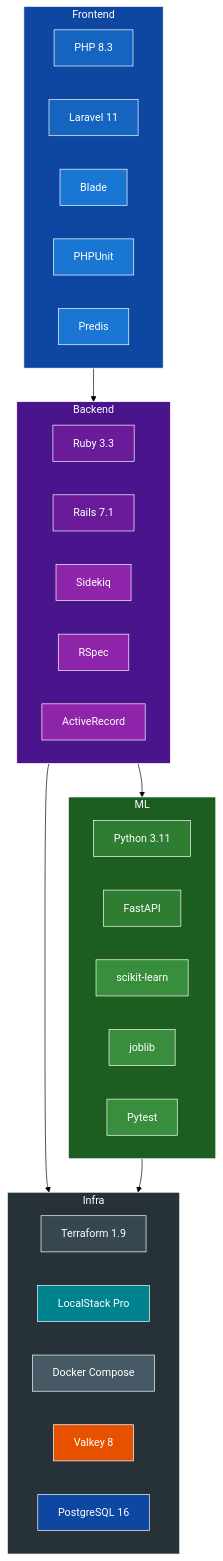
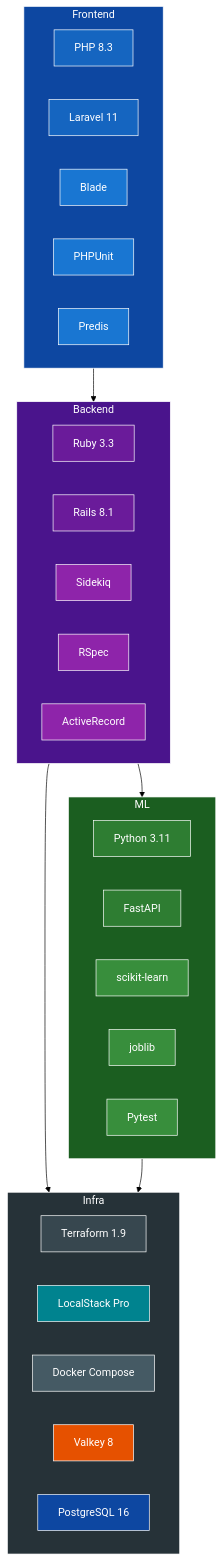
Before and after one commit to DessimA/tech-mind: the second of 2 diagrams in docs/05-stacks-e-justificativas.md, drawn with Mermaid (forest theme). The commit also changed other lines of this file and 13 other files, not shown here.

````diff
--- a/docs/05-stacks-e-justificativas.md
+++ b/docs/05-stacks-e-justificativas.md
@@ -136,64 +136,64 @@
 ```mermaid
 flowchart TB
     subgraph Frontend
         PHP[PHP 8.3]
         LARAVEL[Laravel 11]
         BLADE[Blade]
         PHPUNIT[PHPUnit]
         PREDIS[Predis]
     end
 
     subgraph Backend
         RUBY[Ruby 3.3]
-        RAILS[Rails 7.1]
+        RAILS[Rails 8.1]
         SIDEKIQ[Sidekiq]
         RSPEC[RSpec]
         AR[ActiveRecord]
     end
 
     subgraph ML
         PY[Python 3.11]
         FASTAPI[FastAPI]
         SKLEARN[scikit-learn]
         JOBLIB[joblib]
         PYTEST[Pytest]
     end
 
     subgraph Infra
         TF[Terraform 1.9]
         LS[LocalStack Pro]
         DC[Docker Compose]
         VK[Valkey 8]
         PG[PostgreSQL 16]
     end
 
     Frontend --> Backend
     Backend --> ML
     Backend --> Infra
     ML --> Infra
 
     style Frontend fill:#0D47A1,color:#fff,stroke:#fff
     style PHP fill:#1565C0,color:#fff,stroke:#fff
     style LARAVEL fill:#1565C0,color:#fff,stroke:#fff
     style BLADE fill:#1976D2,color:#fff,stroke:#fff
     style PHPUNIT fill:#1976D2,color:#fff,stroke:#fff
     style PREDIS fill:#1976D2,color:#fff,stroke:#fff
     style Backend fill:#4A148C,color:#fff,stroke:#fff
     style RUBY fill:#6A1B9A,color:#fff,stroke:#fff
     style RAILS fill:#6A1B9A,color:#fff,stroke:#fff
     style SIDEKIQ fill:#8E24AA,color:#fff,stroke:#fff
     style RSPEC fill:#8E24AA,color:#fff,stroke:#fff
     style AR fill:#8E24AA,color:#fff,stroke:#fff
     style ML fill:#1B5E20,color:#fff,stroke:#fff
     style PY fill:#2E7D32,color:#fff,stroke:#fff
     style FASTAPI fill:#2E7D32,color:#fff,stroke:#fff
     style SKLEARN fill:#388E3C,color:#fff,stroke:#fff
     style JOBLIB fill:#388E3C,color:#fff,stroke:#fff
     style PYTEST fill:#388E3C,color:#fff,stroke:#fff
     style Infra fill:#263238,color:#fff,stroke:#fff
     style TF fill:#37474F,color:#fff,stroke:#fff
     style LS fill:#00838F,color:#fff,stroke:#fff
     style DC fill:#455A64,color:#fff,stroke:#fff
     style VK fill:#E65100,color:#fff,stroke:#fff
     style PG fill:#0D47A1,color:#fff,stroke:#fff
 ```
````
